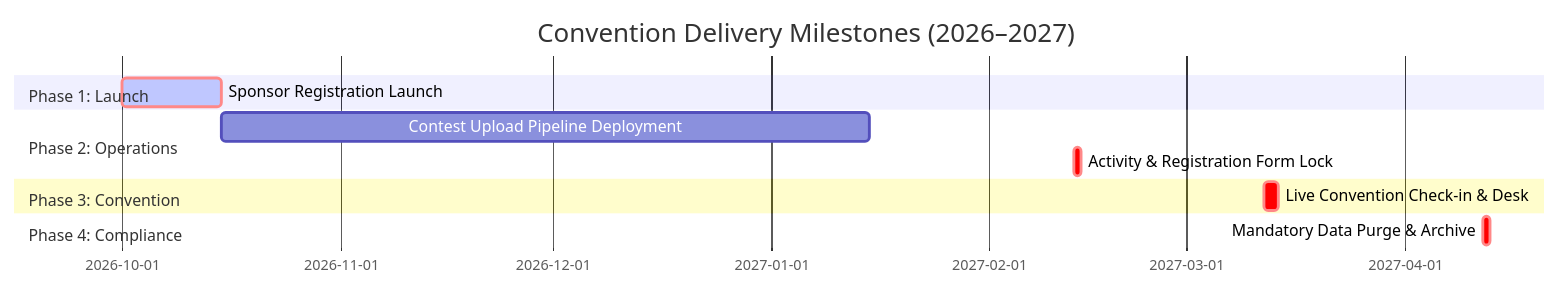
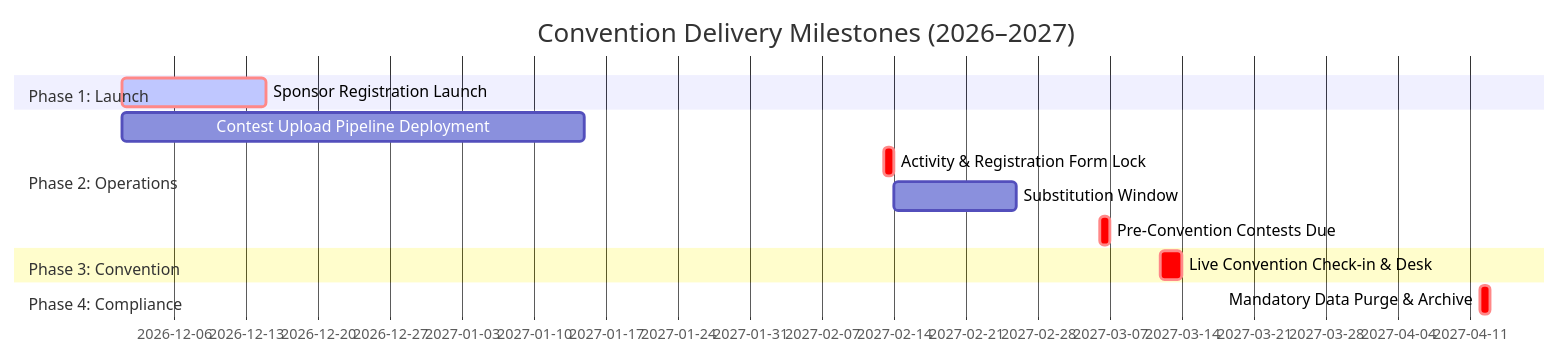
One commit to tech-ovo/CAJCL-2027 changed the diagram in docs/TODO.md. Above: the diagram before and after it, drawn with Mermaid. The commit also changed other lines of this file and 19 other files, not shown here.

````diff
--- a/docs/TODO.md
+++ b/docs/TODO.md
@@ -11,14 +11,16 @@
 ```mermaid
 gantt
     title Convention Delivery Milestones (2026–2027)
     dateFormat  YYYY-MM-DD
     section Phase 1: Launch
-    Sponsor Registration Launch       :crit, active, p1, 2026-10-01, 2026-10-15
+    Sponsor Registration Launch       :crit, active, p1, 2026-12-01, 2026-12-15
     section Phase 2: Operations
-    Contest Upload Pipeline Deployment :p2, 2026-10-15, 2027-01-15
+    Contest Upload Pipeline Deployment :p2, 2026-12-01, 2027-01-15
     Activity & Registration Form Lock :crit, p3, 2027-02-13, 2027-02-14
+    Substitution Window               :p3b, 2027-02-14, 2027-02-26
+    Pre-Convention Contests Due       :crit, p3c, 2027-03-06, 2027-03-07
     section Phase 3: Convention
     Live Convention Check-in & Desk   :crit, p4, 2027-03-12, 2027-03-14
     section Phase 4: Compliance
     Mandatory Data Purge & Archive    :crit, p5, 2027-04-12, 2027-04-13
 ```
````
